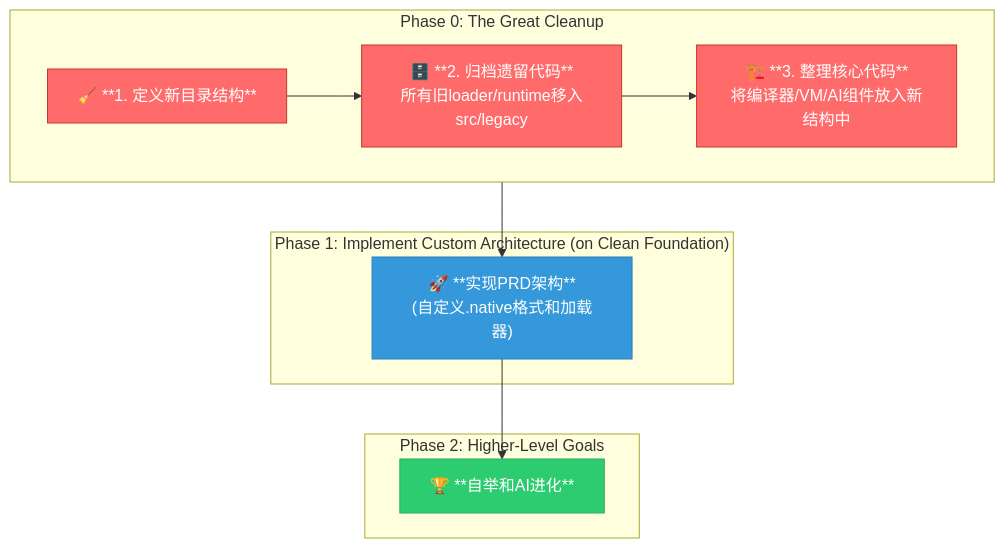
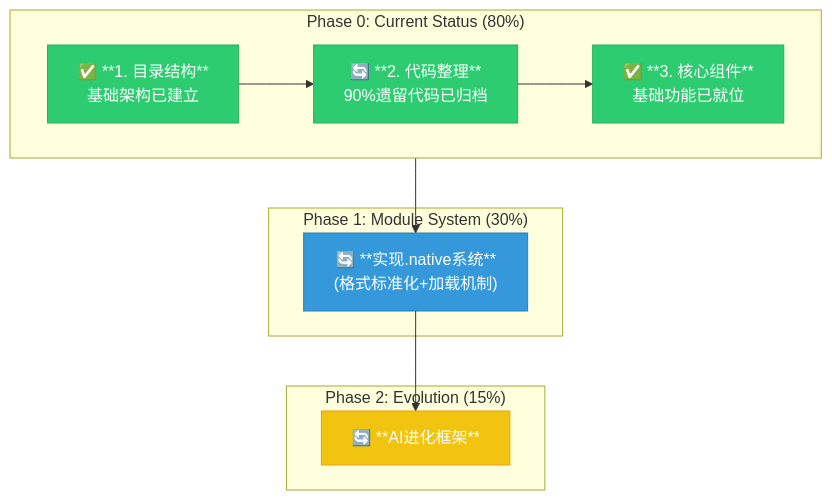
One commit to wanjochan/self-evolve-ai changed the diagram in docs/cursor.md. Above: the diagram before and after it, drawn with Mermaid. The commit also changed other lines of this file and 338 other files, not shown here.

````diff
--- a/docs/cursor.md
+++ b/docs/cursor.md
@@ -12,26 +12,26 @@
 ```mermaid
 graph TD
-    subgraph "Phase 0: The Great Cleanup"
+    subgraph "Phase 0: Current Status (80%)"
         direction LR
-        A["🧹 **1. 定义新目录结构**"] --> B["🗄️ **2. 归档遗留代码**<br/>所有旧loader/runtime移入src/legacy"]
-        B --> C["🏗️ **3. 整理核心代码**<br/>将编译器/VM/AI组件放入新结构中"]
+        A["✅ **1. 目录结构**<br/>基础架构已建立"] --> B["🔄 **2. 代码整理**<br/>90%遗留代码已归档"]
+        B --> C["✅ **3. 核心组件**<br/>基础功能已就位"]
     end
 
-    subgraph "Phase 1: Implement Custom Architecture (on Clean Foundation)"
-        D["🚀 **实现PRD架构**<br/>(自定义.native格式和加载器)"]
+    subgraph "Phase 1: Module System (30%)"
+        D["🔄 **实现.native系统**<br/>(格式标准化+加载机制)"]
     end
     
-    subgraph "Phase 2: Higher-Level Goals"
-        E["🏆 **自举和AI进化**"]
+    subgraph "Phase 2: Evolution (15%)"
+        E["🔄 **AI进化框架**"]
     end
 
     C --> D --> E
     
-    classDef phase0 fill:#ff6b6b,stroke:#c0392b,color:white
+    classDef phase0 fill:#2ecc71,stroke:#27ae60,color:white
     classDef phase1 fill:#3498db,stroke:#2980b9,color:white
-    classDef phase2 fill:#2ecc71,stroke:#27ae60,color:white
+    classDef phase2 fill:#f1c40f,stroke:#f39c12,color:white
     
     class A,B,C phase0
     class D phase1
     class E phase2
 ```
````
